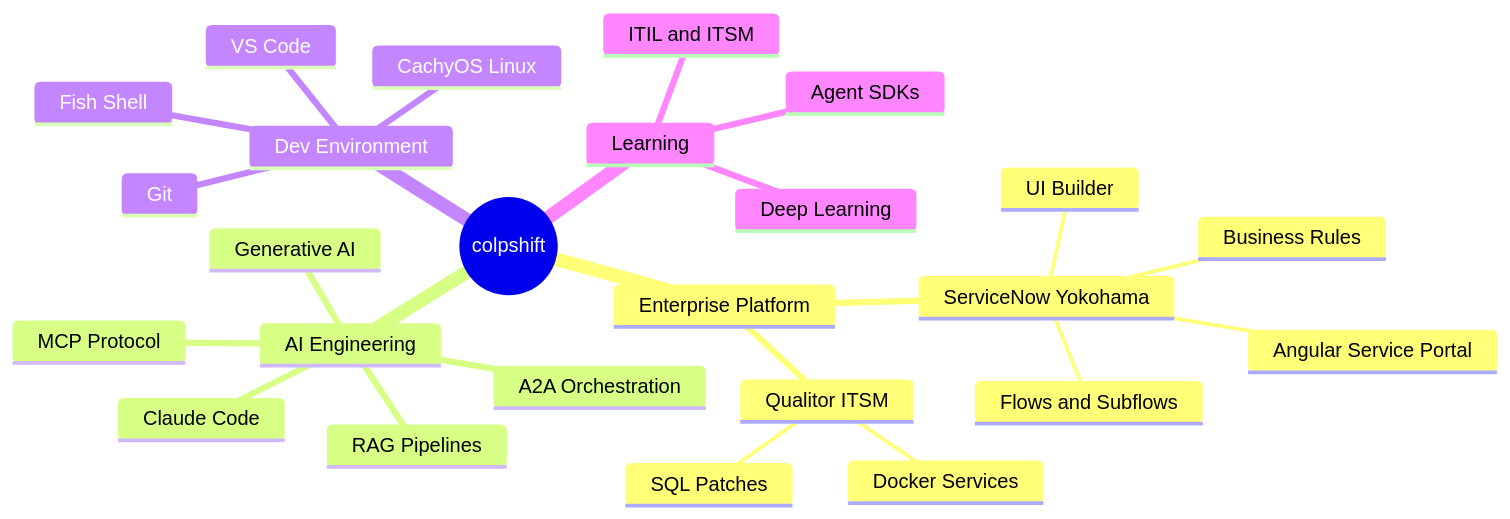
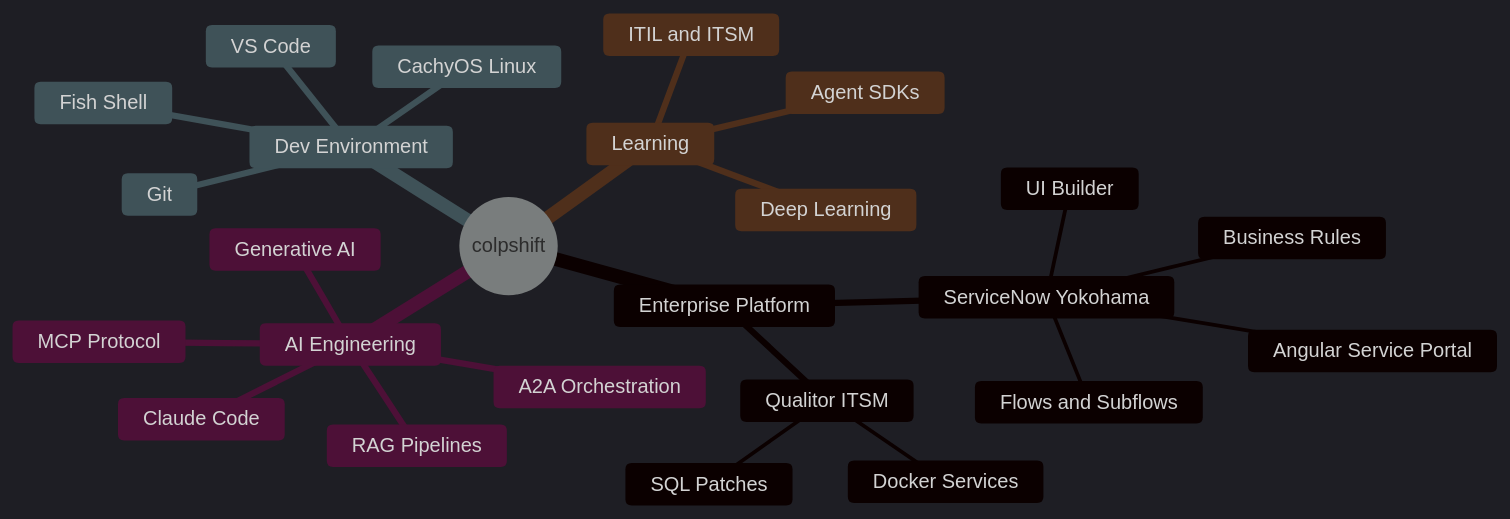
One commit to colpshift/colpshift changed the diagram in README.md. Above: the diagram before and after it, drawn with Mermaid. The commit also changed other lines of this file, not shown here.

First line of the commit message:
fix: repair broken header image and mermaid mindmap text visibility

````diff
--- a/README.md
+++ b/README.md
@@ -61,28 +61,29 @@
 ```mermaid
+%%{init: {'theme': 'dark'}}%%
 mindmap
   root((colpshift))
     Enterprise Platform
       ServiceNow Yokohama
         Flows and Subflows
         Angular Service Portal
         Business Rules
         UI Builder
       Qualitor ITSM
         SQL Patches
         Docker Services
     AI Engineering
       MCP Protocol
       A2A Orchestration
       RAG Pipelines
       Generative AI
       Claude Code
     Dev Environment
       CachyOS Linux
       Fish Shell
       VS Code
       Git
     Learning
       ITIL and ITSM
       Deep Learning
       Agent SDKs
 ```
````
